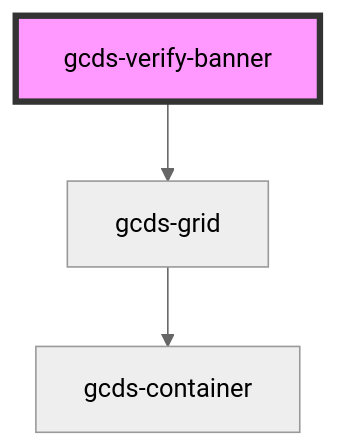
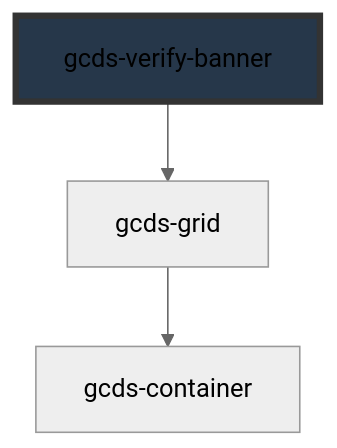
The diagram in packages/web/src/components/gcds-verify-banner/readme.md (cds-snc/gcds-components), drawn with Mermaid (neutral theme) before and after one commit. The commit also changed 44 other files, not shown here.

````diff
--- a/packages/web/src/components/gcds-verify-banner/readme.md
+++ b/packages/web/src/components/gcds-verify-banner/readme.md
@@ -23,6 +23,6 @@
 ```mermaid
 graph TD;
   gcds-verify-banner --> gcds-grid
   gcds-grid --> gcds-container
-  style gcds-verify-banner fill:#f9f,stroke:#333,stroke-width:4px
+  style gcds-verify-banner fill:#26374a,stroke:#333,stroke-width:4px
 ```
````
